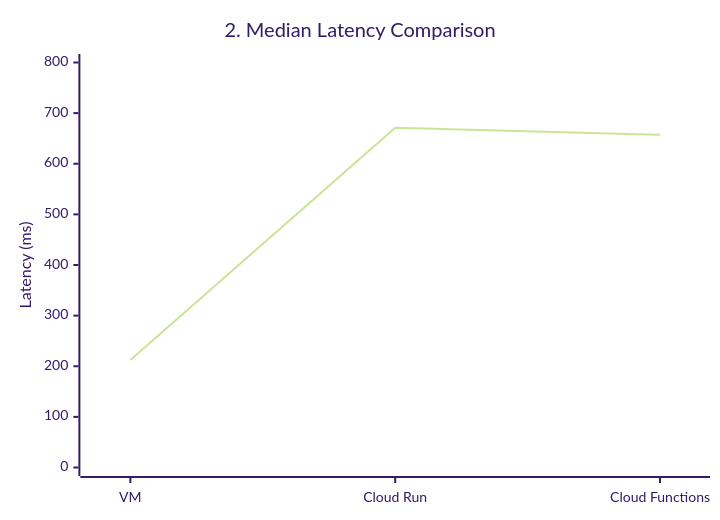
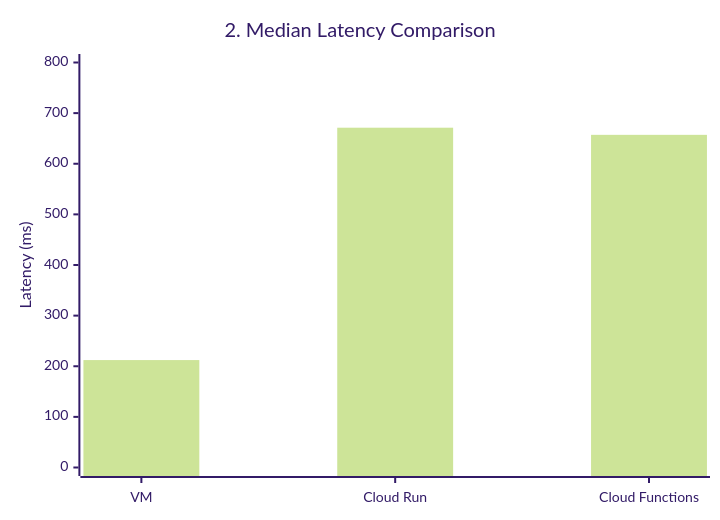
One commit to mshchukin/EURECOM-Clouds-Lab-2026 changed the second of 5 diagrams in submission/phase1_report.md. Above: the diagram before and after it, drawn with Mermaid (forest theme). The commit also changed other lines of this file, not shown here.

Commit message:
Change latency graphs from line to bar charts

````diff
--- a/submission/phase1_report.md
+++ b/submission/phase1_report.md
@@ -37,7 +37,7 @@
 ```mermaid
 xychart-beta
     title "2. Median Latency Comparison"
     x-axis ["VM", "Cloud Run", "Cloud Functions"]
     y-axis "Latency (ms)" 0 --> 800
-    line "Median Latency" [212.2, 671.2, 657.1]
+    bar "Median Latency" [212.2, 671.2, 657.1]
 ```
````
